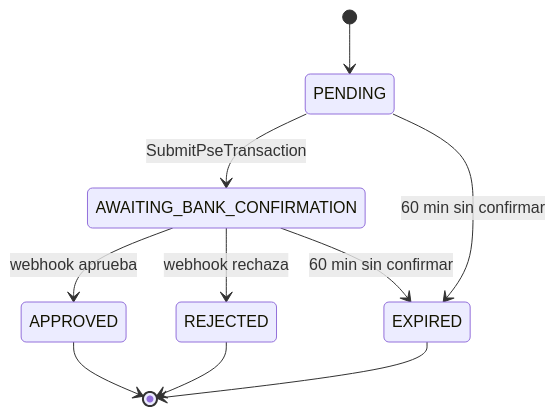
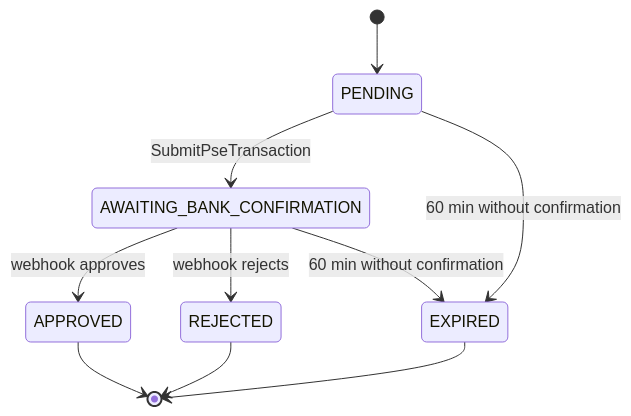
The diagram in docs/api.md (TECH-CUP-2026-INT/mk-payment-service), drawn with Mermaid before and after one commit. The commit also changed other lines of this file and 16 other files, not shown here.

````diff
--- a/docs/api.md
+++ b/docs/api.md
@@ -181,12 +181,12 @@
 ```mermaid
 stateDiagram-v2
     [*] --> PENDING
     PENDING --> AWAITING_BANK_CONFIRMATION : SubmitPseTransaction
-    PENDING --> EXPIRED : 60 min sin confirmar
-    AWAITING_BANK_CONFIRMATION --> APPROVED : webhook aprueba
-    AWAITING_BANK_CONFIRMATION --> REJECTED : webhook rechaza
-    AWAITING_BANK_CONFIRMATION --> EXPIRED : 60 min sin confirmar
+    PENDING --> EXPIRED : 60 min without confirmation
+    AWAITING_BANK_CONFIRMATION --> APPROVED : webhook approves
+    AWAITING_BANK_CONFIRMATION --> REJECTED : webhook rejects
+    AWAITING_BANK_CONFIRMATION --> EXPIRED : 60 min without confirmation
     APPROVED --> [*]
     REJECTED --> [*]
     EXPIRED --> [*]
 ```
````
